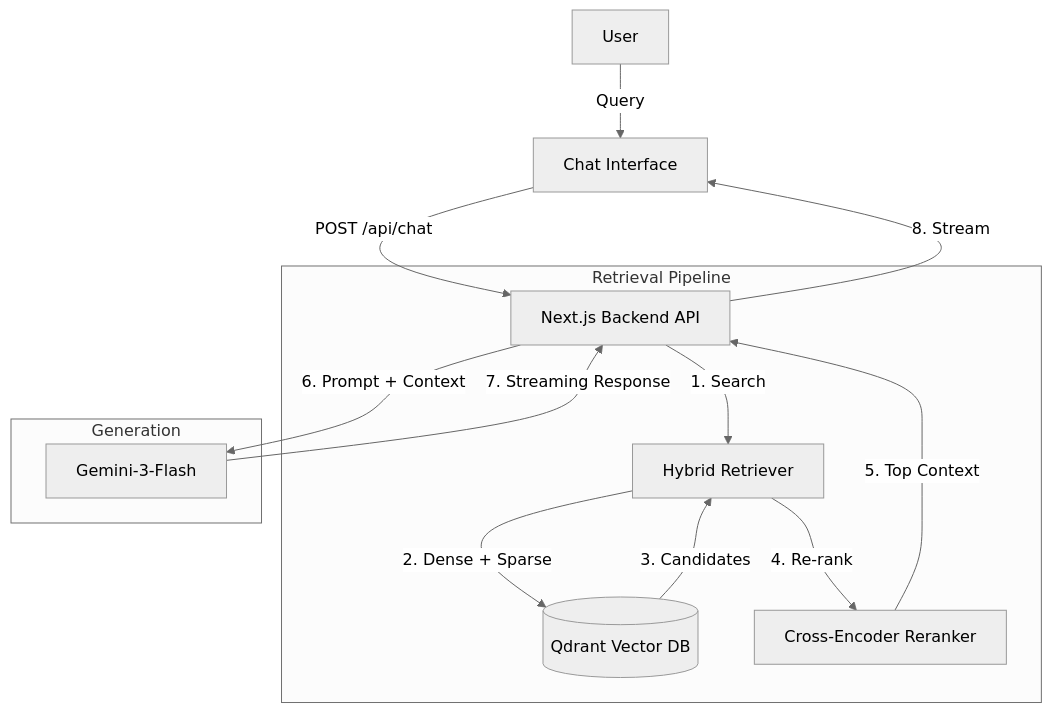
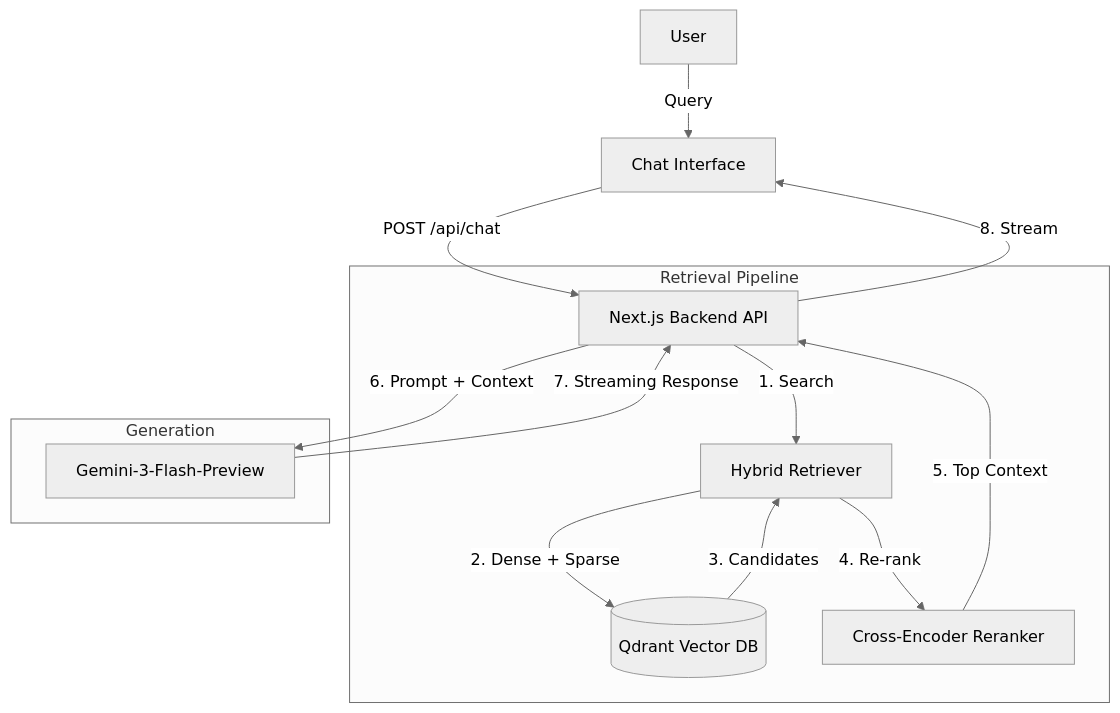
The diagram in docs/rag-system.md (yassineayao/cv), drawn with Mermaid (neutral theme) before and after one commit. The commit also changed other lines of this file and 2 other files, not shown here.

````diff
--- a/docs/rag-system.md
+++ b/docs/rag-system.md
@@ -11,20 +11,20 @@
 ```mermaid
 graph TD
     User[User] -->|Query| ChatUI[Chat Interface]
     ChatUI -->|POST /api/chat| Backend[Next.js Backend API]
     
     subgraph "Retrieval Pipeline"
         Backend -->|1. Search| Retriever[Hybrid Retriever]
         Retriever -->|2. Dense + Sparse| Qdrant[(Qdrant Vector DB)]
         Qdrant -->|3. Candidates| Retriever
         Retriever -->|4. Re-rank| Reranker[Cross-Encoder Reranker]
         Reranker -->|5. Top Context| Backend
     end
     
     subgraph "Generation"
-        Backend -->|6. Prompt + Context| LLM[Gemini-3-Flash]
+        Backend -->|6. Prompt + Context| LLM[Gemini-3-Flash-Preview]
         LLM -->|7. Streaming Response| Backend
     end
     
     Backend -->|8. Stream| ChatUI
 ```
````
